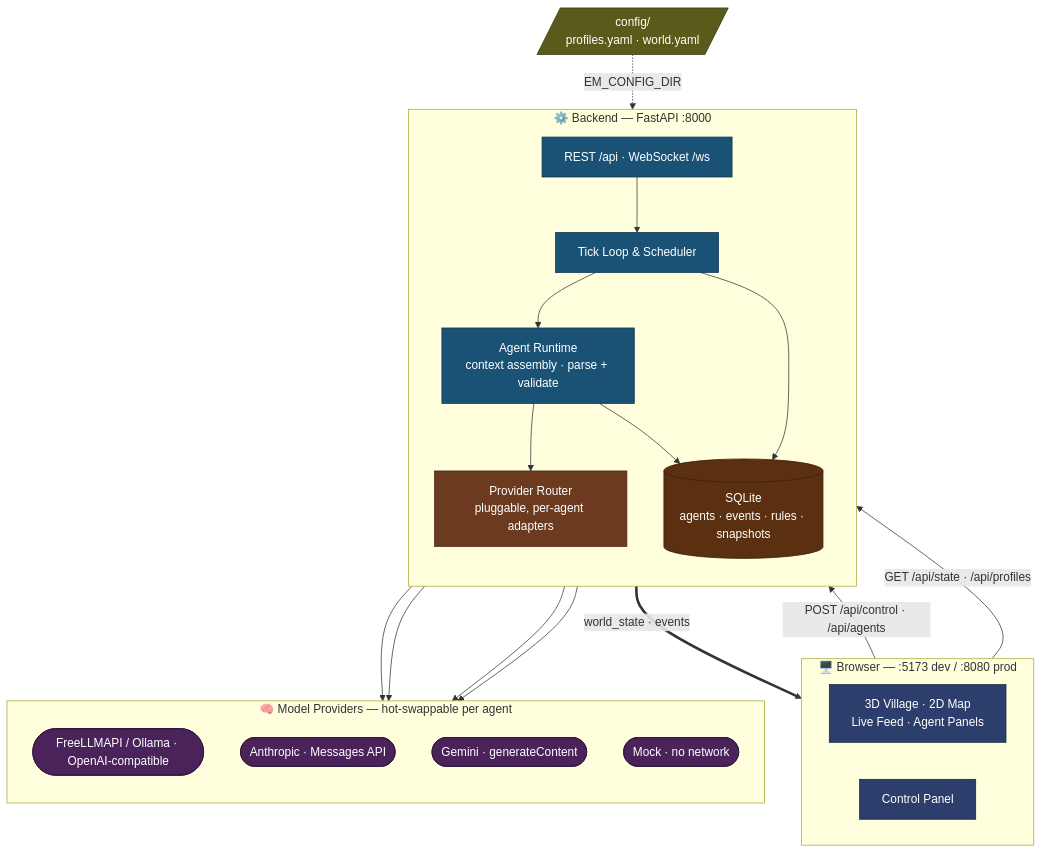
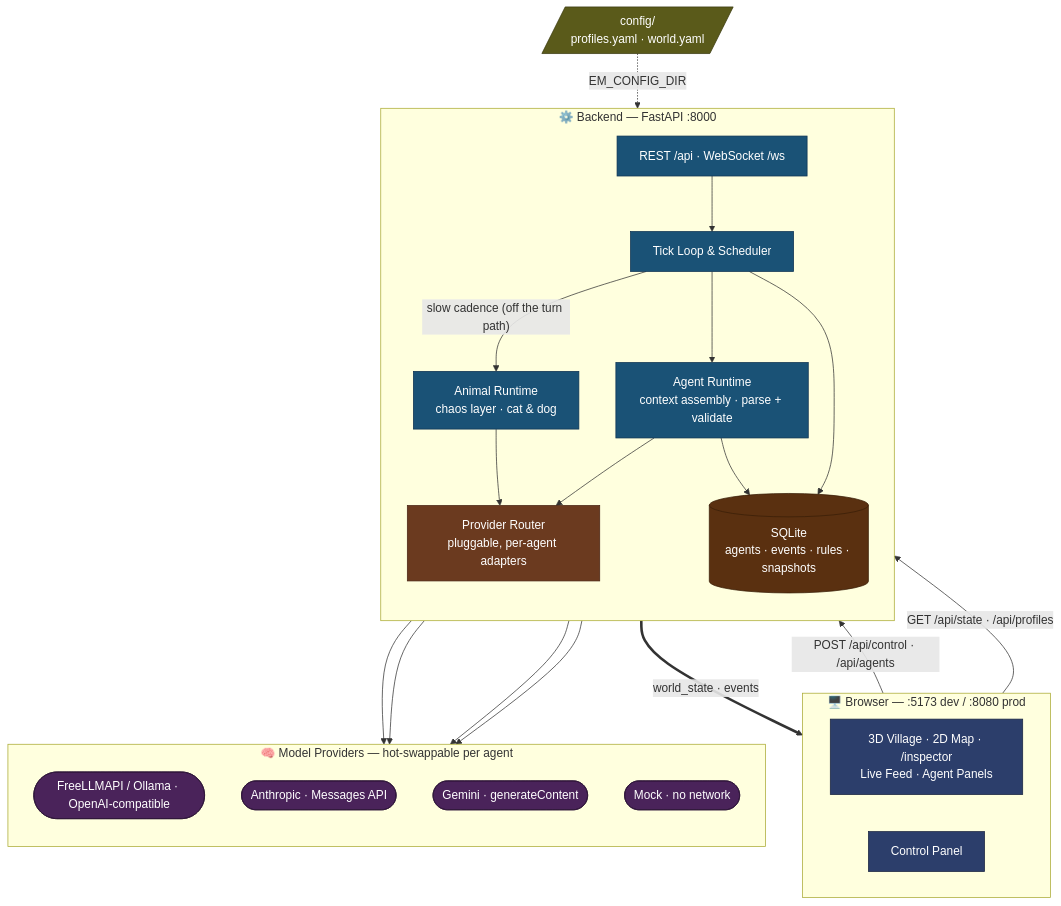
Before and after one commit to ivy00johns/petri-dish-of-madness: the diagram in README.md, drawn with Mermaid. The commit also changed other lines of this file, not shown here.

````diff
--- a/README.md
+++ b/README.md
@@ -28,51 +40,53 @@
 ```mermaid
 flowchart TB
     subgraph browser["🖥️ Browser — :5173 dev / :8080 prod"]
         direction LR
-        views["3D Village · 2D Map<br/>Live Feed · Agent Panels"]
+        views["3D Village · 2D Map · /inspector<br/>Live Feed · Agent Panels"]
         controls["Control Panel"]
     end
 
     subgraph backend["⚙️ Backend — FastAPI :8000"]
         direction TB
         api["REST /api · WebSocket /ws"]
         engine["Tick Loop & Scheduler"]
         runtime["Agent Runtime<br/>context assembly · parse + validate"]
+        animals["Animal Runtime<br/>chaos layer · cat & dog"]
         router["Provider Router<br/>pluggable, per-agent adapters"]
         db[("SQLite<br/>agents · events · rules · snapshots")]
     end
 
     subgraph providers["🧠 Model Providers — hot-swappable per agent"]
         direction TB
         openai(["FreeLLMAPI / Ollama · OpenAI-compatible"])
         anthropic(["Anthropic · Messages API"])
         gemini(["Gemini · generateContent"])
         mock(["Mock · no network"])
     end
 
     cfg[/"config/<br/>profiles.yaml · world.yaml"/]
 
     controls -->|"POST /api/control · /api/agents"| api
     views -->|"GET /api/state · /api/profiles"| api
     api ==>|"world_state · events"| views
     cfg -.->|"EM_CONFIG_DIR"| router
 
     api --> engine --> runtime --> router
+    engine -->|"slow cadence (off the turn path)"| animals --> router
     engine --> db
     runtime --> db
     router --> openai & anthropic & gemini & mock
 
     classDef ui fill:#2c3e6b,stroke:#1a2540,color:#fff
     classDef core fill:#1a5276,stroke:#0e3352,color:#fff
     classDef routerNode fill:#6b3a1f,stroke:#4a2515,color:#fff
     classDef provider fill:#4a235a,stroke:#2d1538,color:#fff
     classDef configFile fill:#5a5a1a,stroke:#3a3a10,color:#fff
     classDef dbNode fill:#5a3010,stroke:#3a1e08,color:#fff
 
     class views,controls ui
-    class api,engine,runtime core
+    class api,engine,runtime,animals core
     class router routerNode
     class openai,anthropic,gemini,mock provider
     class cfg configFile
     class db dbNode
 ```
````
